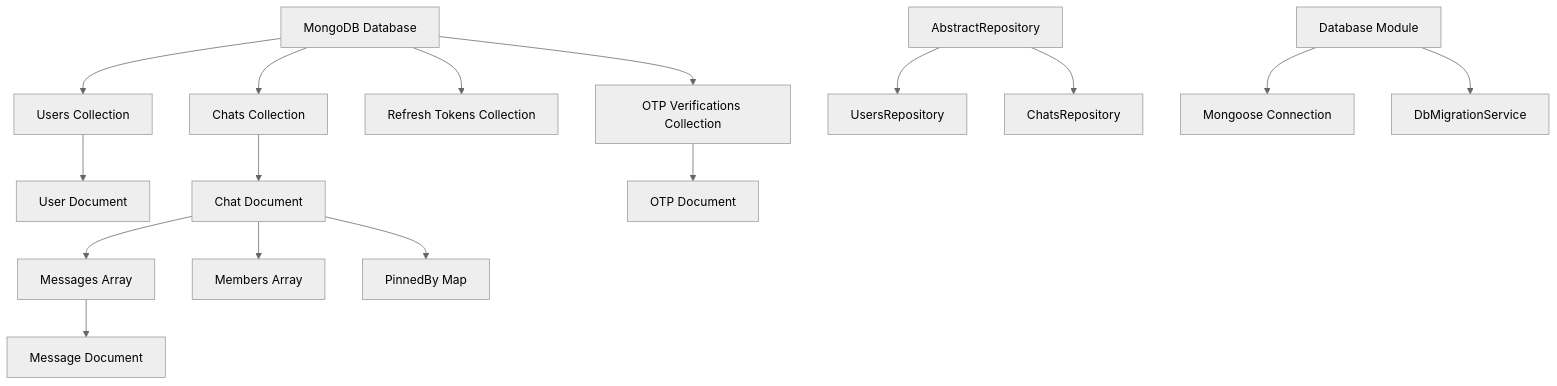
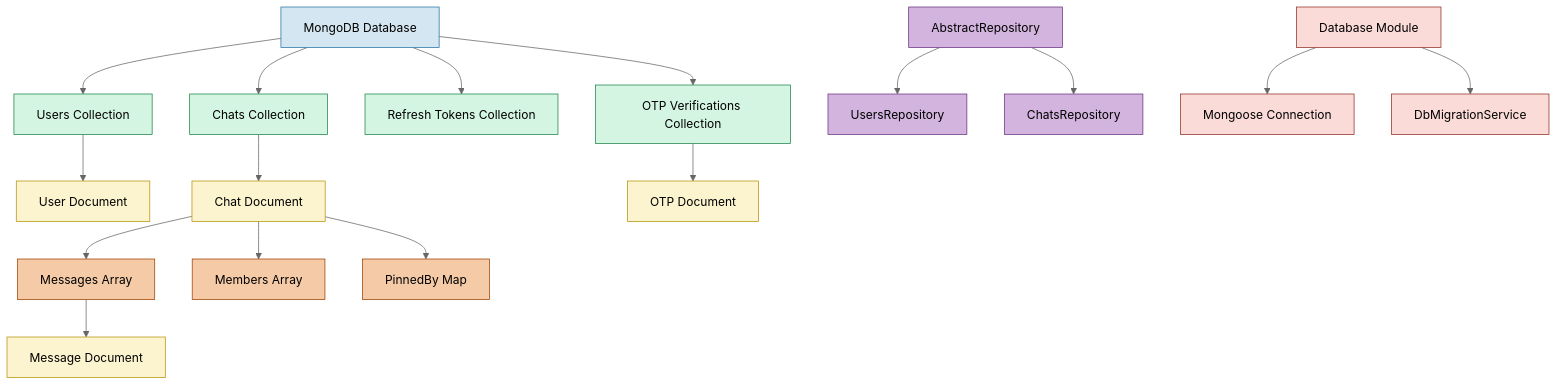
The first of 2 diagrams in docs/backend/database.md (aniketdebnath/apollo-chat), drawn with Mermaid (neutral theme) before and after one commit. The commit also changed 10 other files, not shown here.

Commit message:
inconsistency in diagrams fixed, updated with high contrast fill color suitable for github dark mode

````diff
--- a/docs/backend/database.md
+++ b/docs/backend/database.md
@@ -11,22 +11,36 @@
 ```mermaid
 graph TD;
     A[MongoDB Database] --> B[Users Collection]
     A --> C[Chats Collection]
     A --> D[Refresh Tokens Collection]
     A --> E[OTP Verifications Collection]
 
     B --> B1[User Document]
     C --> C1[Chat Document]
     C1 --> C2[Messages Array]
     C1 --> C3[Members Array]
     C1 --> C4[PinnedBy Map]
 
     C2 --> M1[Message Document]
     E --> O1[OTP Document]
 
     R[AbstractRepository] --> S[UsersRepository]
     R --> T[ChatsRepository]
 
     U[Database Module] --> V[Mongoose Connection]
     U --> W[DbMigrationService]
+
+    classDef database fill:#D4E6F1,stroke:#2874A6,stroke-width:1px,color:#000;
+    classDef collection fill:#D5F5E3,stroke:#1E8449,stroke-width:1px,color:#000;
+    classDef document fill:#FCF3CF,stroke:#B7950B,stroke-width:1px,color:#000;
+    classDef component fill:#F5CBA7,stroke:#A04000,stroke-width:1px,color:#000;
+    classDef repository fill:#D2B4DE,stroke:#6C3483,stroke-width:1px,color:#000;
+    classDef module fill:#FADBD8,stroke:#943126,stroke-width:1px,color:#000;
+
+    class A database;
+    class B,C,D,E collection;
+    class B1,C1,M1,O1 document;
+    class C2,C3,C4 component;
+    class R,S,T repository;
+    class U,V,W module;
 ```
````
